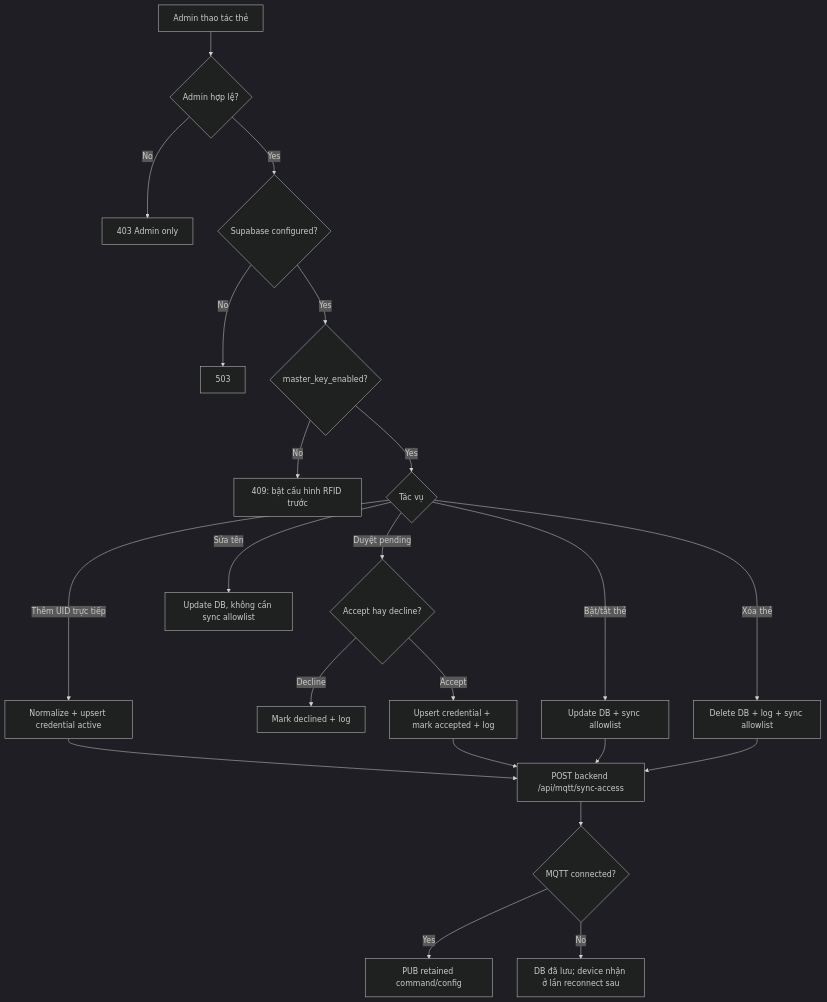
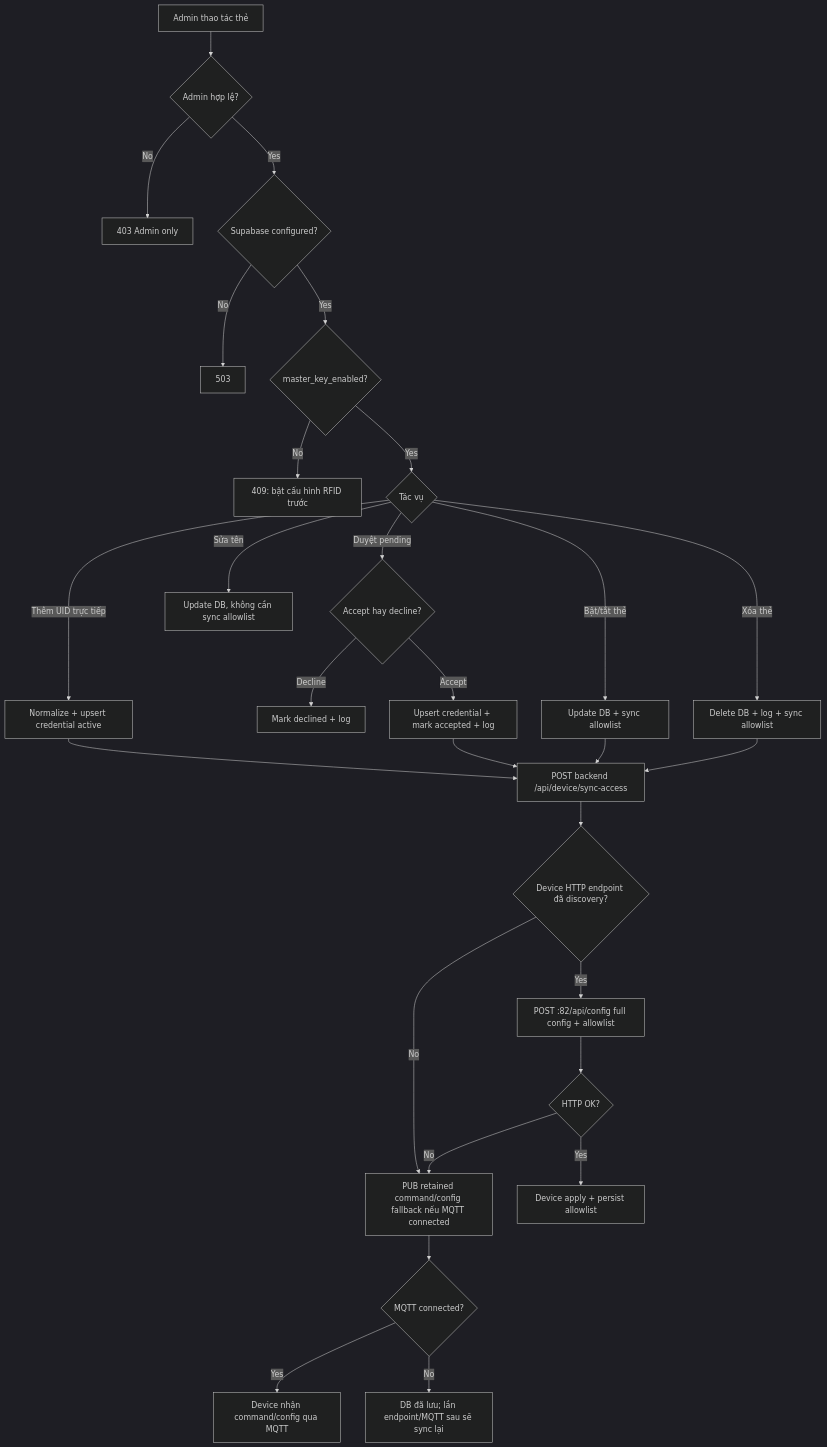
Before and after one commit to ntntran09/EdgeGuard: the ninth of 17 diagrams in docs/EDGEGUARD_FLOWS.md, drawn with Mermaid (dark theme). The commit also changed other lines of this file, not shown here.

Commit message:
docs: update EdgeGuard HTTP flows

````diff
--- a/docs/EDGEGUARD_FLOWS.md
+++ b/docs/EDGEGUARD_FLOWS.md
@@ -354,26 +394,32 @@
 ```mermaid
 flowchart TD
     A[Admin thao tác thẻ] --> B{Admin hợp lệ?}
     B -- No --> C[403 Admin only]
     B -- Yes --> D{Supabase configured?}
     D -- No --> E[503]
     D -- Yes --> F{master_key_enabled?}
     F -- No --> G[409: bật cấu hình RFID trước]
     F -- Yes --> H{Tác vụ}
 
     H -->|Thêm UID trực tiếp| I[Normalize + upsert credential active]
     H -->|Duyệt pending| J{Accept hay decline?}
     J -- Decline --> K[Mark declined + log]
     J -- Accept --> L[Upsert credential + mark accepted + log]
     H -->|Sửa tên| M[Update DB, không cần sync allowlist]
     H -->|Bật/tắt thẻ| N[Update DB + sync allowlist]
     H -->|Xóa thẻ| O[Delete DB + log + sync allowlist]
 
-    I --> P[POST backend /api/mqtt/sync-access]
+    I --> P[POST backend /api/device/sync-access]
     L --> P
     N --> P
     O --> P
-    P --> Q{MQTT connected?}
-    Q -- Yes --> R[PUB retained command/config]
-    Q -- No --> S[DB đã lưu; device nhận ở lần reconnect sau]
+    P --> Q{Device HTTP endpoint đã discovery?}
+    Q -- Yes --> R[POST :82/api/config full config + allowlist]
+    Q -- No --> S[PUB retained command/config fallback nếu MQTT connected]
+    R --> T{HTTP OK?}
+    T -- Yes --> U[Device apply + persist allowlist]
+    T -- No --> S
+    S --> V{MQTT connected?}
+    V -- Yes --> W[Device nhận command/config qua MQTT]
+    V -- No --> X[DB đã lưu; lần endpoint/MQTT sau sẽ sync lại]
 ```
````
